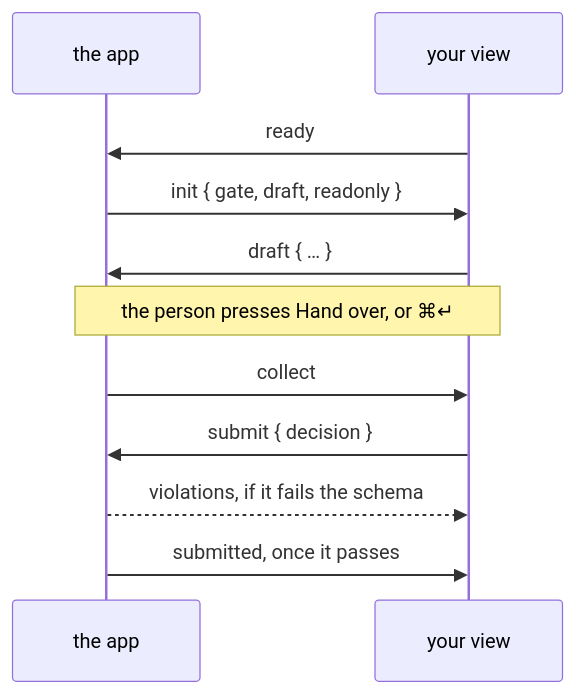
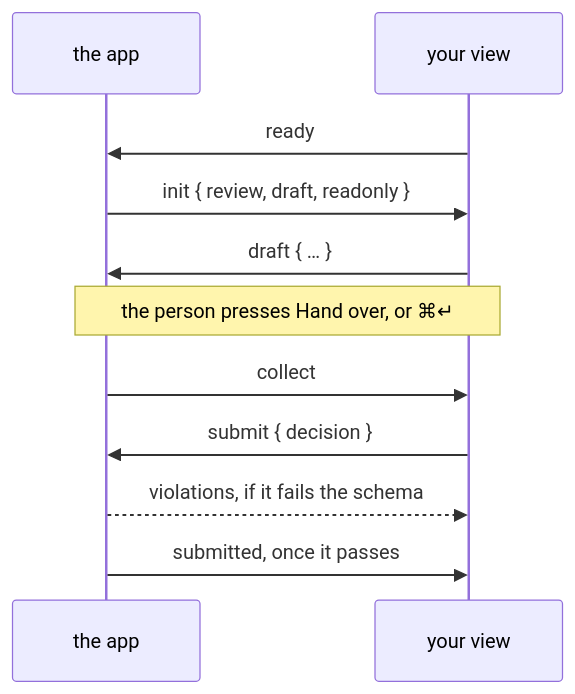
The second of 2 diagrams in docs/building/writing.md (forgeplane/pinrail), drawn with Mermaid before and after one commit. The commit also changed other lines of this file and 64 other files, not shown here.

First line of the commit message:
Rename gate to review in the plugin protocol and SDK

````diff
--- a/docs/building/writing.md
+++ b/docs/building/writing.md
@@ -207,13 +207,13 @@
 ```mermaid title="The handshake, and a hand-over"
 sequenceDiagram
   participant S as the app
   participant V as your view
   V->>S: ready
-  S->>V: init { gate, draft, readonly }
+  S->>V: init { review, draft, readonly }
   V->>S: draft { … }
   Note over S,V: the person presses Hand over, or ⌘↵
   S->>V: collect
   V->>S: submit { decision }
   S-->>V: violations, if it fails the schema
   S->>V: submitted, once it passes
 ```
````
